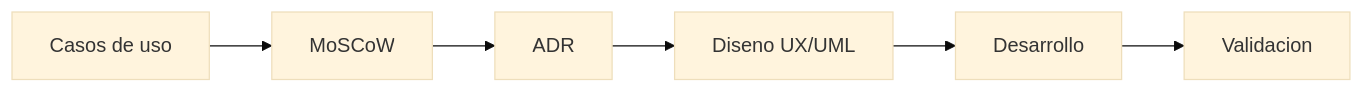
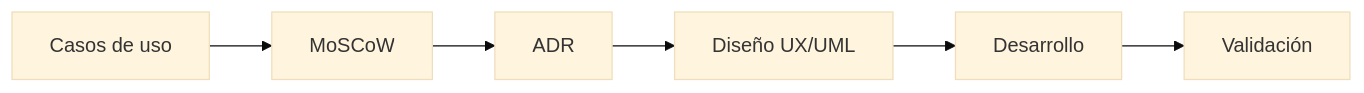
Before and after one commit to ramarstudio/RAMar_Repo: the diagram in docs/ingenieria/index.md, drawn with Mermaid (base theme). The commit also changed other lines of this file and 14 other files, not shown here.

````diff
--- a/docs/ingenieria/index.md
+++ b/docs/ingenieria/index.md
@@ -5,8 +5,8 @@
 ```mermaid
 graph LR
     A[Casos de uso] --> B[MoSCoW]
     B --> C[ADR]
-    C --> D[Diseno UX/UML]
+    C --> D[Diseño UX/UML]
     D --> E[Desarrollo]
-    E --> F[Validacion]
+    E --> F[Validación]
 ```
````
